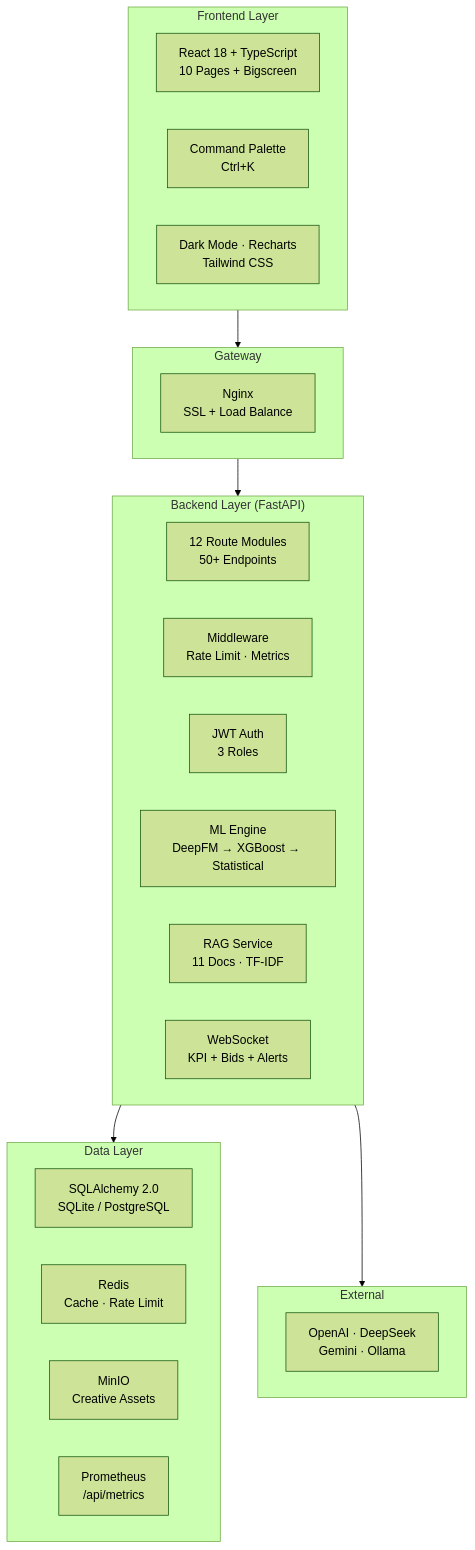
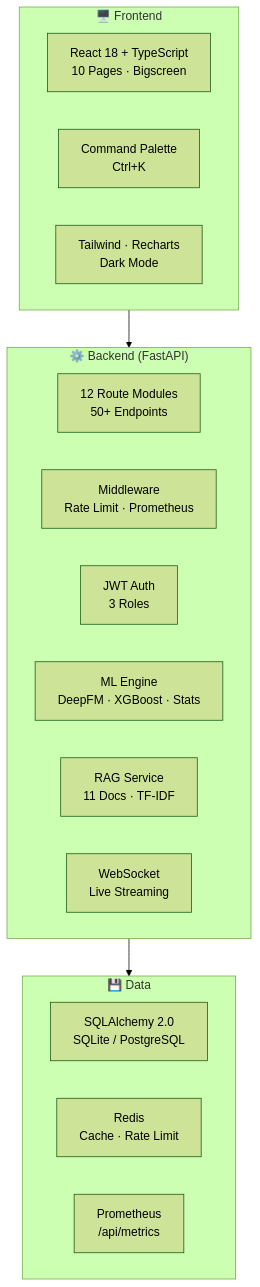
One commit to torry991-coder/ad-placement-platform changed the diagram in README.md. Above: the diagram before and after it, drawn with Mermaid (forest theme). The commit also changed other lines of this file and 2 other files, not shown here.

````diff
--- a/README.md
+++ b/README.md
@@ -35,37 +124,26 @@
 ```mermaid
 graph TB
-    subgraph Frontend["Frontend Layer"]
-        R["React 18 + TypeScript<br/>10 Pages + Bigscreen"]
+    subgraph Frontend["🖥️ Frontend"]
+        R["React 18 + TypeScript<br/>10 Pages · Bigscreen"]
         C["Command Palette<br/>Ctrl+K"]
-        D["Dark Mode · Recharts<br/>Tailwind CSS"]
+        D["Tailwind · Recharts<br/>Dark Mode"]
     end
 
-    subgraph Gateway["Gateway"]
-        N["Nginx<br/>SSL + Load Balance"]
+    subgraph Backend["⚙️ Backend (FastAPI)"]
+        API["12 Route Modules<br/>50+ Endpoints"]
+        MW["Middleware<br/>Rate Limit · Prometheus"]
+        AUTH["JWT Auth<br/>3 Roles"]
+        ML["ML Engine<br/>DeepFM · XGBoost · Stats"]
+        RAG["RAG Service<br/>11 Docs · TF-IDF"]
+        WS["WebSocket<br/>Live Streaming"]
     end
 
-    subgraph Backend["Backend Layer (FastAPI)"]
-        API["12 Route Modules<br/>50+ Endpoints"]
-        MW["Middleware<br/>Rate Limit · Metrics"]
-        AUTH["JWT Auth<br/>3 Roles"]
-        ML["ML Engine<br/>DeepFM → XGBoost → Statistical"]
-        RAG["RAG Service<br/>11 Docs · TF-IDF"]
-        WS["WebSocket<br/>KPI + Bids + Alerts"]
-    end
-
-    subgraph Data["Data Layer"]
+    subgraph Data["💾 Data"]
         DB["SQLAlchemy 2.0<br/>SQLite / PostgreSQL"]
         RD["Redis<br/>Cache · Rate Limit"]
-        S3["MinIO<br/>Creative Assets"]
         PM["Prometheus<br/>/api/metrics"]
     end
 
-    subgraph External["External"]
-        LLM["OpenAI · DeepSeek<br/>Gemini · Ollama"]
-    end
-
-    Frontend --> Gateway
-    Gateway --> Backend
+    Frontend --> Backend
     Backend --> Data
-    Backend --> External
 ```
````
